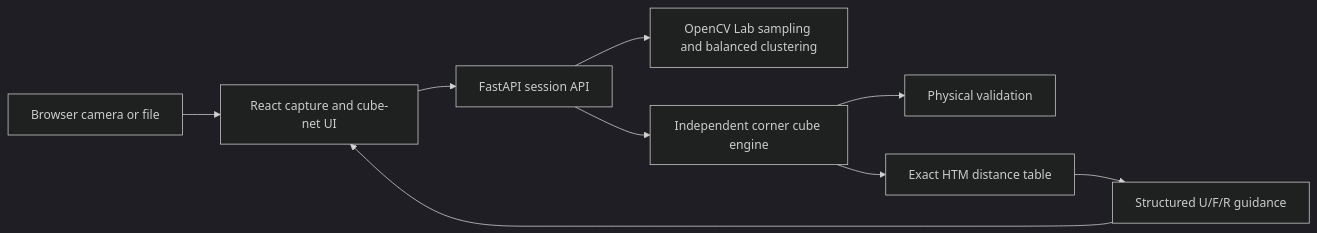
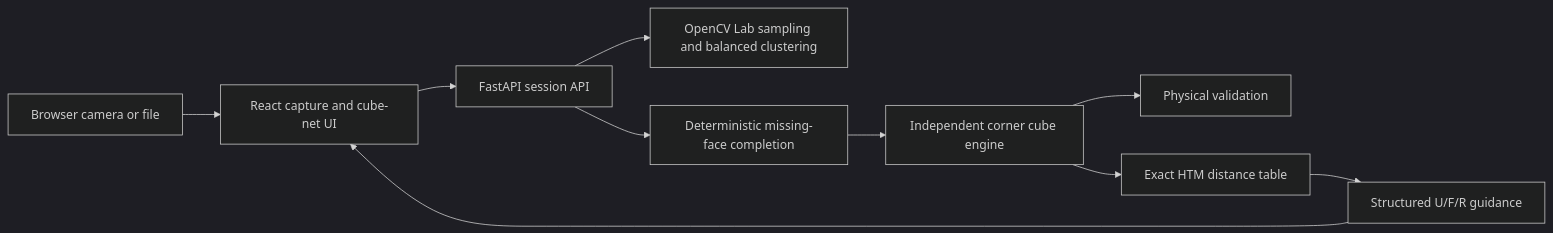
The diagram in README.md (fomin-n/rubicks-solver), drawn with Mermaid (dark theme) before and after one commit. The commit also changed other lines of this file and 18 other files, not shown here.

Commit message:
Infer final cube face from five scans

````diff
--- a/README.md
+++ b/README.md
@@ -31,11 +34,12 @@
 ```mermaid
 flowchart LR
     Camera[Browser camera or file] --> UI[React capture and cube-net UI]
     UI --> API[FastAPI session API]
     API --> Vision[OpenCV Lab sampling and balanced clustering]
-    API --> Cube[Independent corner cube engine]
+    API --> Completion[Deterministic missing-face completion]
+    Completion --> Cube[Independent corner cube engine]
     Cube --> Validation[Physical validation]
     Cube --> Solver[Exact HTM distance table]
     Solver --> Guidance[Structured U/F/R guidance]
     Guidance --> UI
 ```
````
